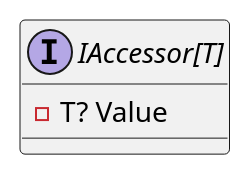
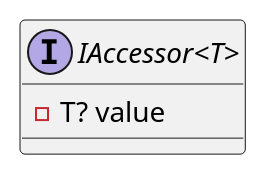
The first of 3 diagrams in docs/generated/Framework/Eliassen.System.Abstractions/Accessors/Documentation.md (mwwhited-forks/dotnet-libs), drawn with PlantUML before and after one commit. The commit also changed other lines of this file and 444 other files, not shown here.

````diff
--- a/docs/generated/Framework/Eliassen.System.Abstractions/Accessors/Documentation.md
+++ b/docs/generated/Framework/Eliassen.System.Abstractions/Accessors/Documentation.md
@@ -5,8 +25,8 @@
 ```plantuml
 @startuml
-interface "IAccessor[T]" {
-    -T? Value
+interface "IAccessor<T>" {
+  - T? value
 }
 
 @enduml
 ```
````
